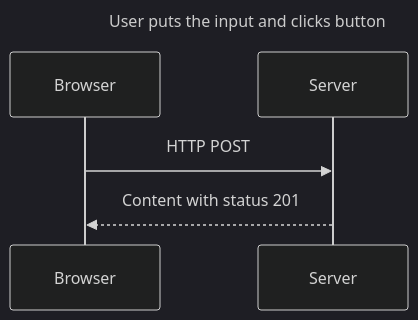
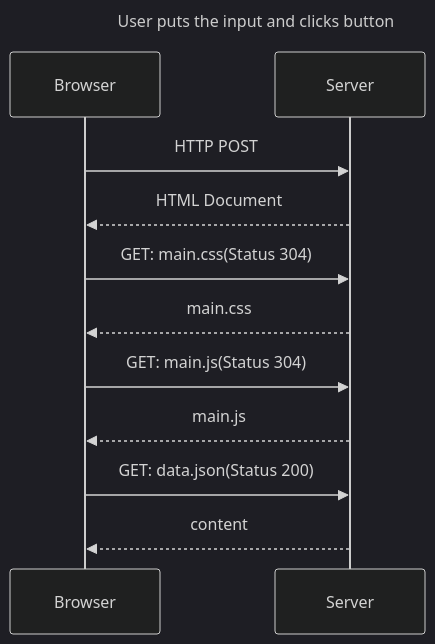
The diagram in part0/0.5/SPAsequenceDiagram.md (hiwina/fullstackopen), drawn with Mermaid (dark theme) before and after one commit. The commit also changed 1 other file, not shown here.

Commit message:
Update all diagrams

````diff
--- a/part0/0.5/SPAsequenceDiagram.md
+++ b/part0/0.5/SPAsequenceDiagram.md
@@ -4,8 +4,13 @@
 ```mermaid
 sequenceDiagram;
 Title: User puts the input and clicks button 
 
 Browser->>Server: HTTP POST
-Server-->>Browser: Content with status 201
-
+Server-->>Browser:HTML Document
+Browser->>Server: GET: main.css(Status 304)
+Server-->>Browser: main.css
+Browser->>Server: GET: main.js(Status 304)
+Server-->>Browser: main.js
+Browser->>Server: GET: data.json(Status 200)
+Server-->>Browser: content
 ```
````
